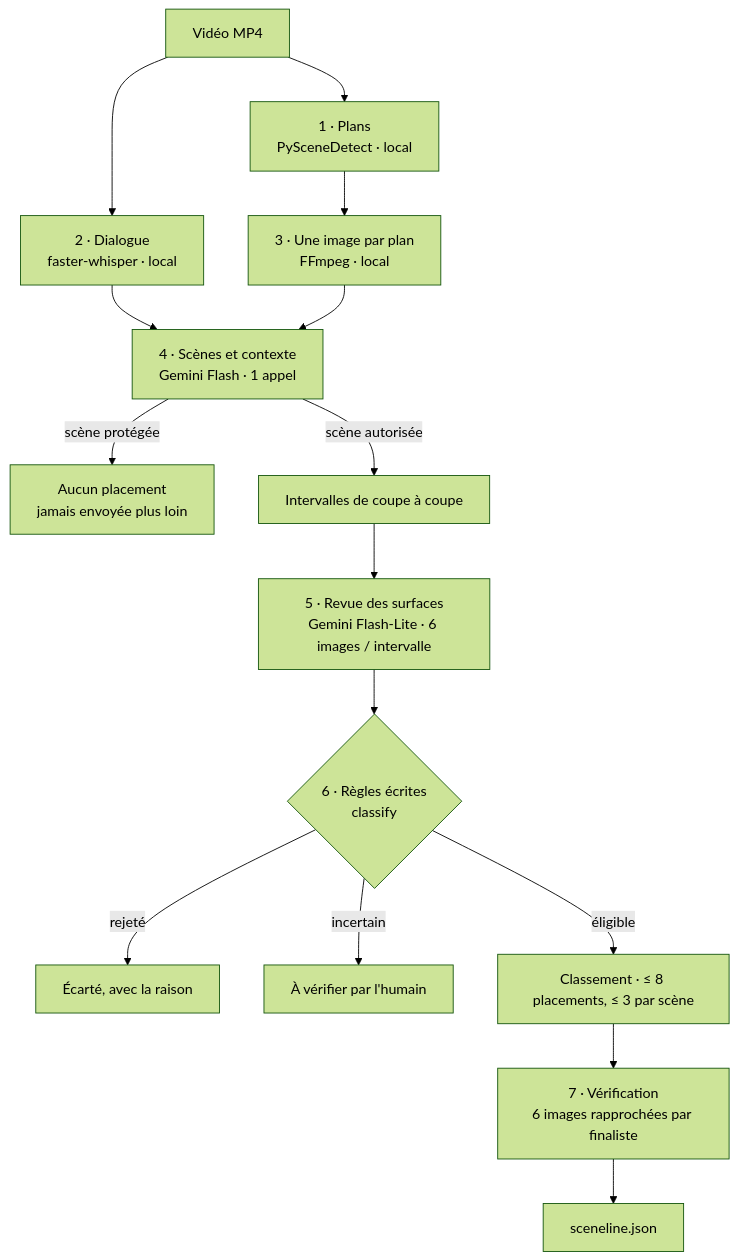
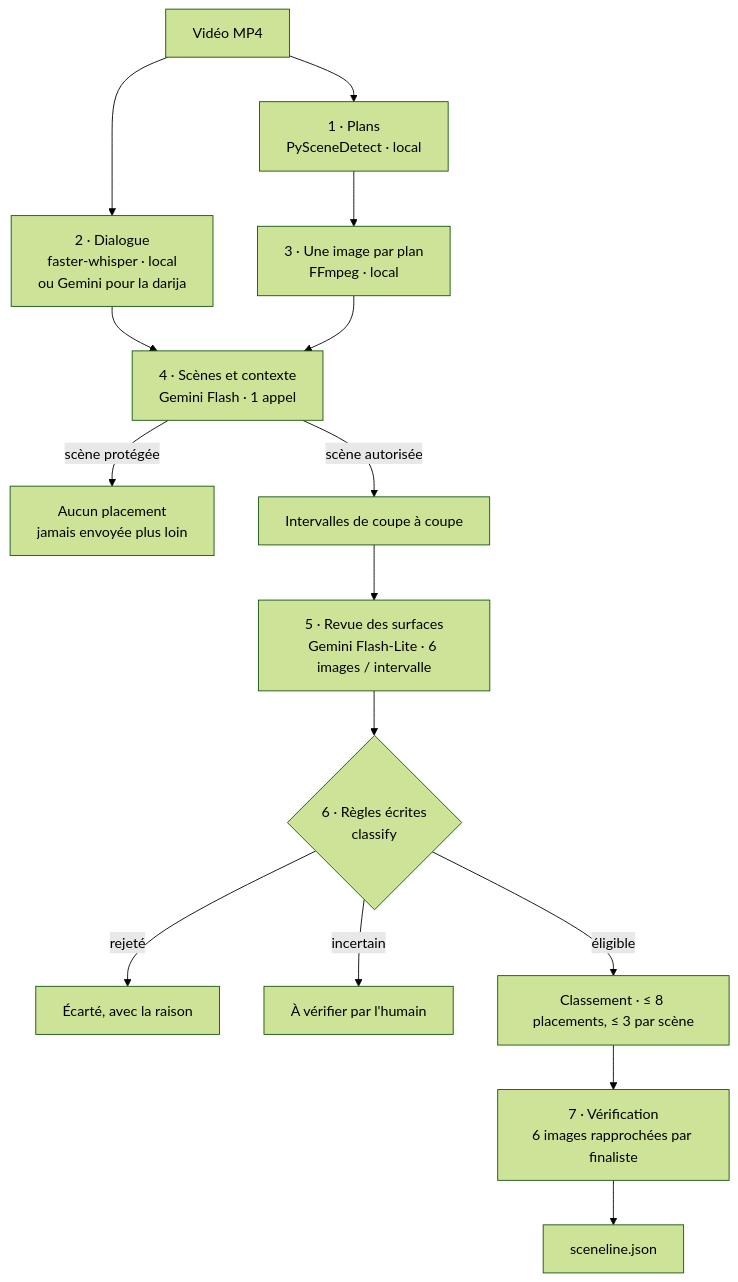
The diagram in docs/etapes/1-analyse.md (MohamedYassineTurki/SceneLine), drawn with Mermaid (forest theme) before and after one commit. The commit also changed other lines of this file and 13 other files, not shown here.

First line of the commit message:
Transcrire la darija tunisienne et l'arabe avec Gemini

````diff
--- a/docs/etapes/1-analyse.md
+++ b/docs/etapes/1-analyse.md
@@ -20,17 +20,17 @@
 ```mermaid
 flowchart TD
     V[Vidéo MP4] --> A1[1 · Plans<br/>PySceneDetect · local]
-    V --> A2[2 · Dialogue<br/>faster-whisper · local]
+    V --> A2[2 · Dialogue<br/>faster-whisper · local<br/>ou Gemini pour la darija]
     A1 --> A3[3 · Une image par plan<br/>FFmpeg · local]
     A2 --> S
     A3 --> S[4 · Scènes et contexte<br/>Gemini Flash · 1 appel]
     S -->|scène protégée| X[Aucun placement<br/>jamais envoyée plus loin]
     S -->|scène autorisée| W[Intervalles de coupe à coupe]
     W --> R[5 · Revue des surfaces<br/>Gemini Flash-Lite · 6 images / intervalle]
     R --> C{6 · Règles écrites<br/>classify}
     C -->|rejeté| J[Écarté, avec la raison]
     C -->|incertain| U[À vérifier par l'humain]
     C -->|éligible| K[Classement · ≤ 8 placements, ≤ 3 par scène]
     K --> F[7 · Vérification<br/>6 images rapprochées par finaliste]
     F --> O[sceneline.json]
 ```
````
